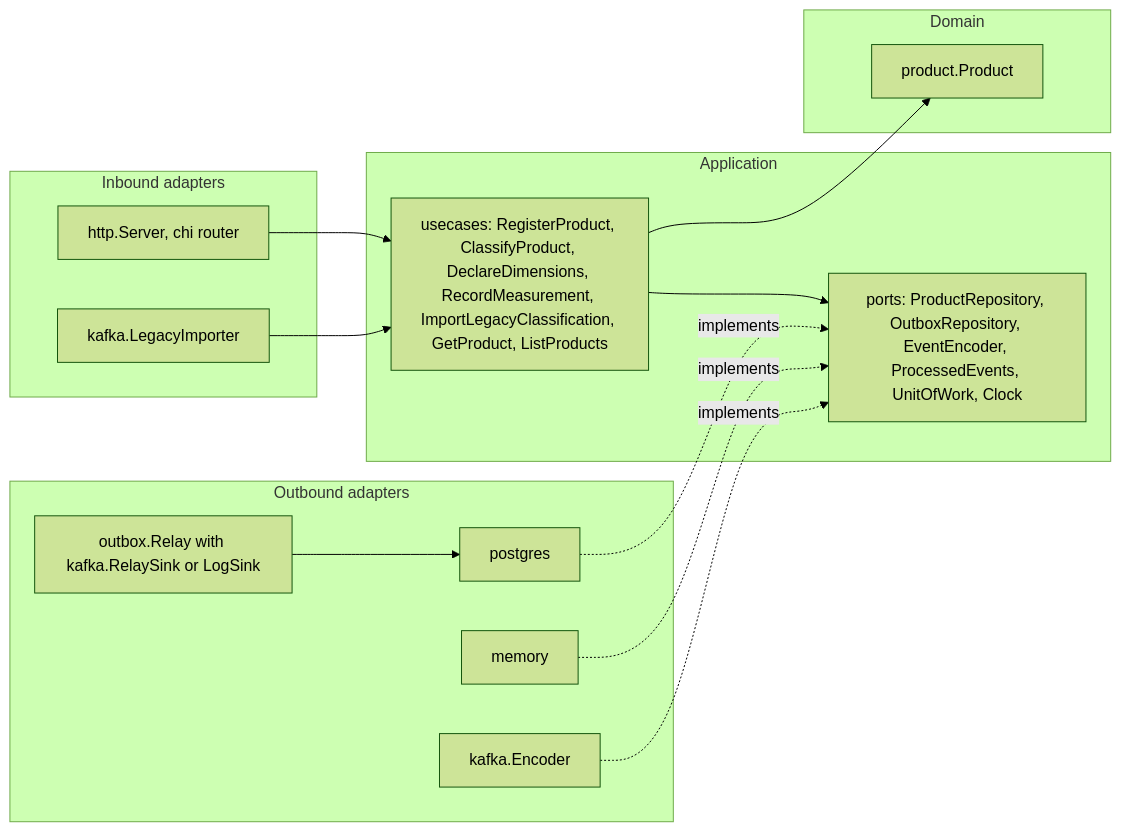
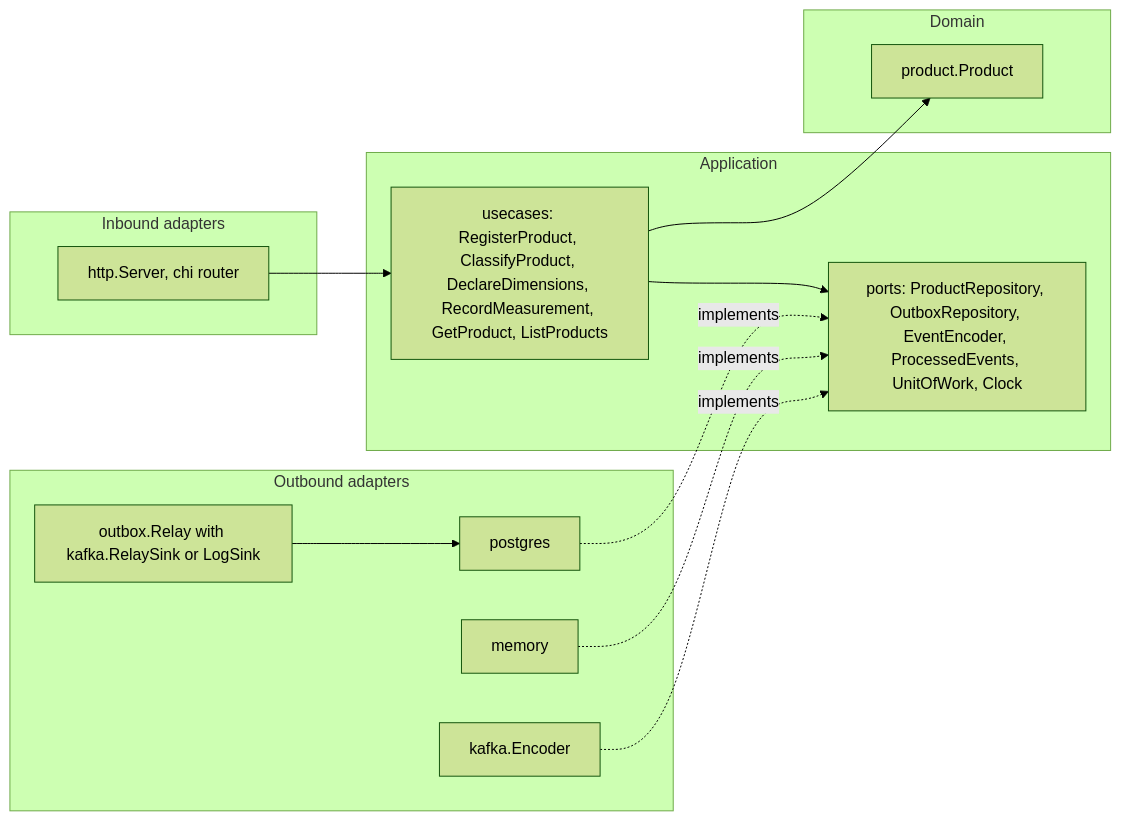
The fourth of 4 diagrams in docs/docs/ddd/class-diagram.md (IQVO/product-master), drawn with Mermaid (forest theme) before and after one commit. The commit also changed other lines of this file and 40 other files, not shown here.

First line of the commit message:
feat(adr-0003): retire the legacy classification importer (stage E)

````diff
--- a/docs/docs/ddd/class-diagram.md
+++ b/docs/docs/ddd/class-diagram.md
@@ -266,28 +266,26 @@
 ```mermaid
 flowchart LR
   subgraph inbound[Inbound adapters]
     HTTP[http.Server, chi router]
-    LEG[kafka.LegacyImporter]
   end
   subgraph app[Application]
-    UC[usecases: RegisterProduct, ClassifyProduct, DeclareDimensions, RecordMeasurement, ImportLegacyClassification, GetProduct, ListProducts]
+    UC[usecases: RegisterProduct, ClassifyProduct, DeclareDimensions, RecordMeasurement, GetProduct, ListProducts]
     PORTS[ports: ProductRepository, OutboxRepository, EventEncoder, ProcessedEvents, UnitOfWork, Clock]
   end
   subgraph domain[Domain]
     PROD[product.Product]
   end
   subgraph outbound[Outbound adapters]
     PG[postgres]
     MEM[memory]
     ENC[kafka.Encoder]
     REL[outbox.Relay with kafka.RelaySink or LogSink]
   end
   HTTP --> UC
-  LEG --> UC
   UC --> PROD
   UC --> PORTS
   PG -. implements .-> PORTS
   MEM -. implements .-> PORTS
   ENC -. implements .-> PORTS
   REL --> PG
 ```
````
